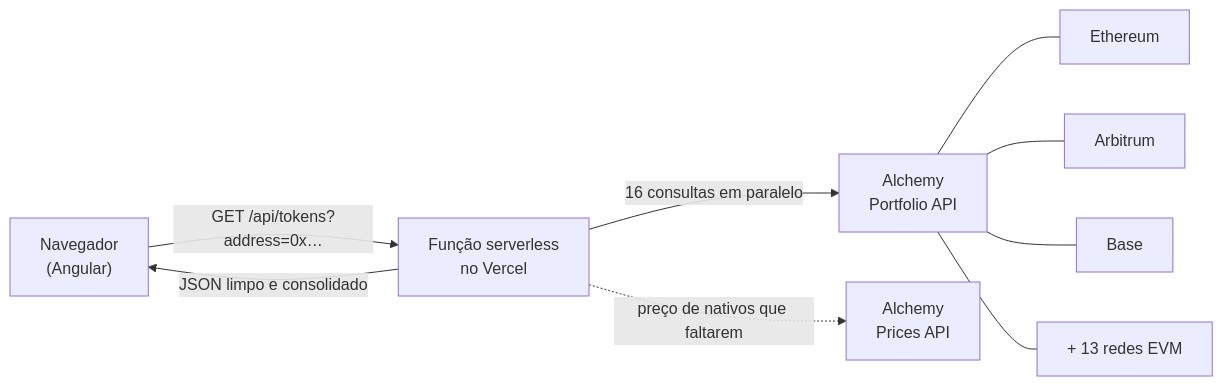
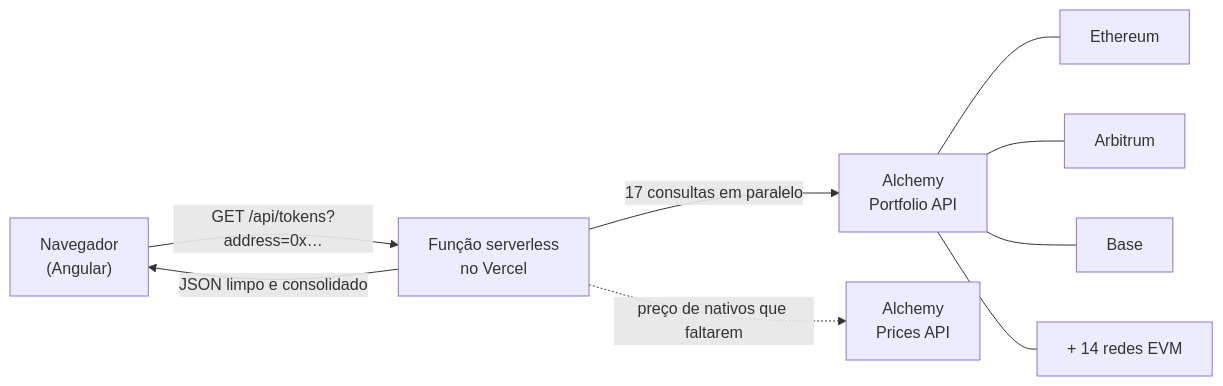
The diagram in README.md (Gabriielfeliciano/DeFinance), drawn with Mermaid before and after one commit. The commit also changed other lines of this file and 10 other files, not shown here.

````diff
--- a/README.md
+++ b/README.md
@@ -45,11 +45,11 @@
 ```mermaid
 flowchart LR
     U["Navegador<br/>(Angular)"] -->|"GET /api/tokens?address=0x…"| F["Função serverless<br/>no Vercel"]
-    F -->|"16 consultas em paralelo"| A["Alchemy<br/>Portfolio API"]
+    F -->|"17 consultas em paralelo"| A["Alchemy<br/>Portfolio API"]
     A --- E["Ethereum"]
     A --- R["Arbitrum"]
     A --- B["Base"]
-    A --- M["+ 13 redes EVM"]
+    A --- M["+ 14 redes EVM"]
     F -.->|"preço de nativos que faltarem"| P["Alchemy<br/>Prices API"]
     F -->|"JSON limpo e consolidado"| U
 ```
````
